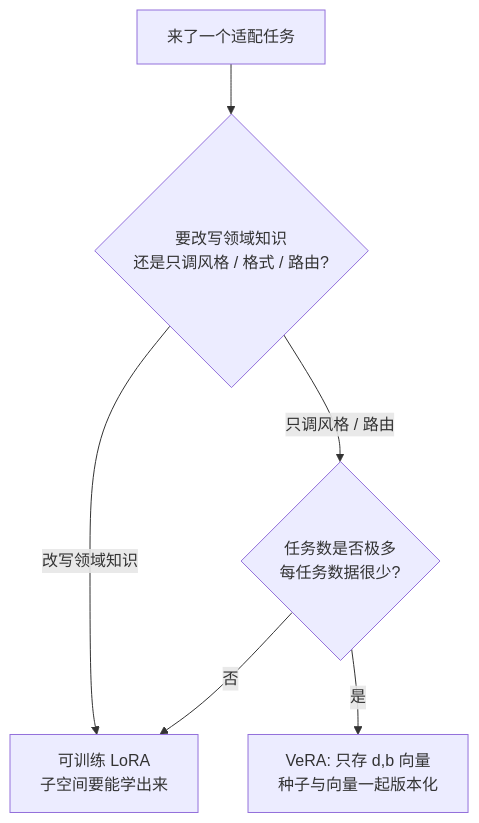
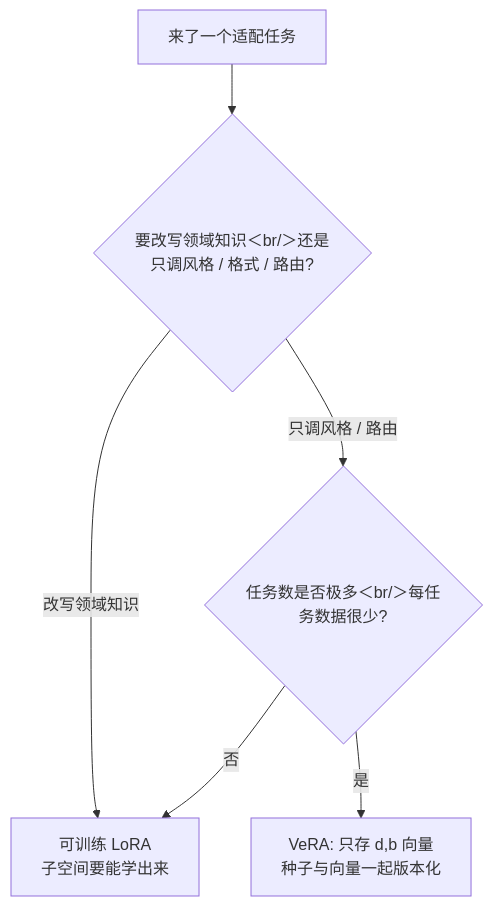
Before and after one commit to xhongduo-tech/xhongduo-tech.github.io: the second of 2 diagrams in docs/llm/vera.md, drawn with Mermaid. The commit also changed 291 other files, not shown here.

Commit message:
Normalize lesson titles to tree names and repair mermaid arrow/quote syntax site-wide.

````diff
--- a/docs/llm/vera.md
+++ b/docs/llm/vera.md
@@ -59,8 +59,8 @@
 ```mermaid
 flowchart TD
-  T["来了一个适配任务"] --> Q1{"要改写领域知识<br/>还是只调风格 / 格式 / 路由?"}
+  T["来了一个适配任务"] --> Q1{"要改写领域知识＜br/＞还是只调风格 / 格式 / 路由?"}
   Q1 -->|"改写领域知识"| F["可训练 LoRA<br/>子空间要能学出来"]
-  Q1 -->|"只调风格 / 路由"| Q2{"任务数是否极多<br/>每任务数据很少?"}
+  Q1 -->|"只调风格 / 路由"| Q2{"任务数是否极多＜br/＞每任务数据很少?"}
   Q2 -->|"是"| V["VeRA: 只存 d,b 向量<br/>种子与向量一起版本化"]
   Q2 -->|"否"| F
 ```
````
